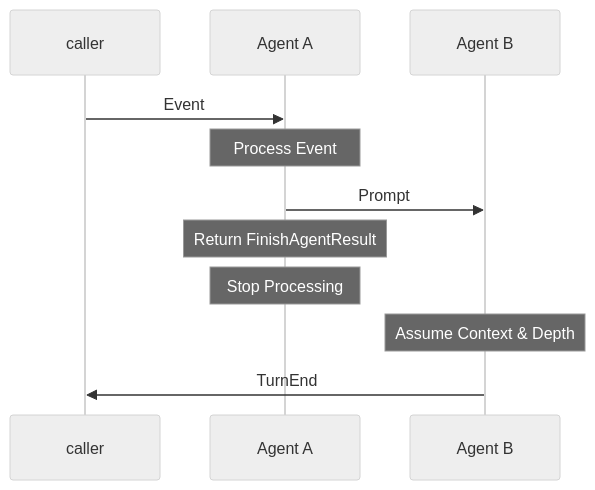
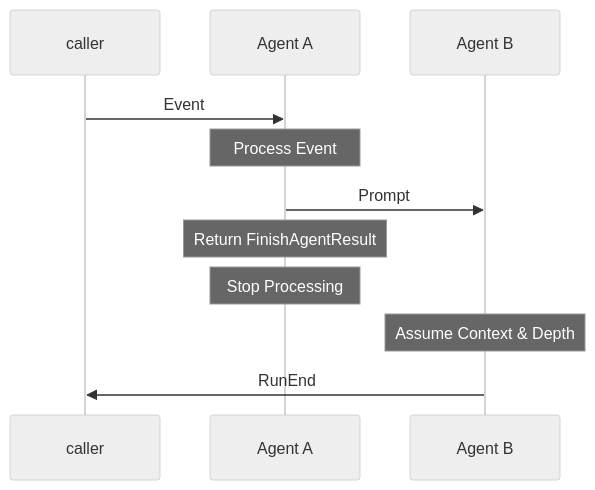
Before and after one commit to supercog-ai/agentic: the third of 3 diagrams in docs/Internals.md, drawn with Mermaid (neutral theme). The commit also changed other lines of this file and 39 other files, not shown here.

Commit message:
renamed all turn relevant instances to run

````diff
--- a/docs/Internals.md
+++ b/docs/Internals.md
@@ -130,15 +130,15 @@
 ```mermaid
 %% Case 3: Handoff to Another Agent
 sequenceDiagram
     participant caller
     participant Agent A
     participant Agent B
     
     caller->>Agent A: Event
     Note over Agent A: Process Event
     Agent A->>Agent B: Prompt
     Note over Agent A: Return FinishAgentResult
     Note over Agent A: Stop Processing
     Note over Agent B: Assume Context & Depth
-    Agent B->>caller: TurnEnd
+    Agent B->>caller: RunEnd
 ```
````
